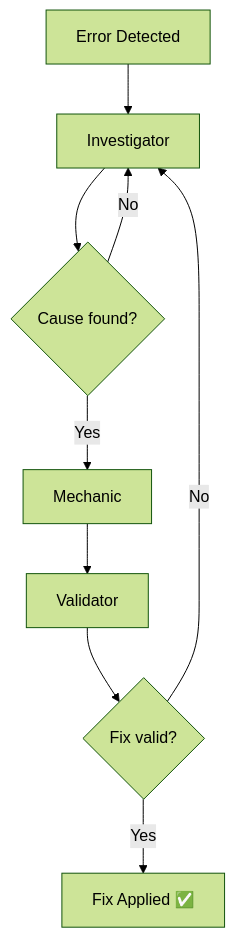
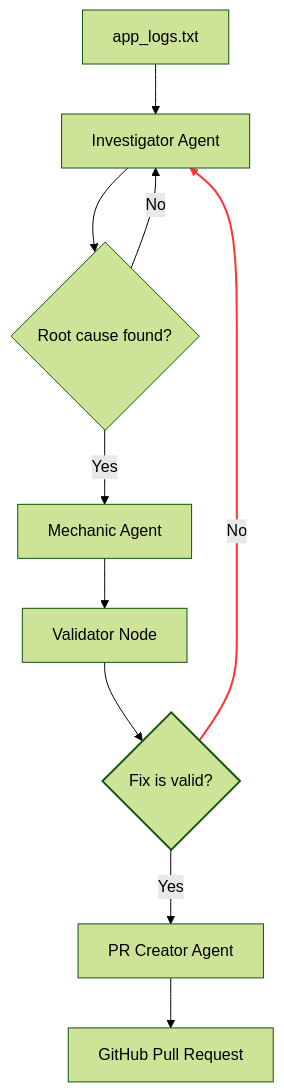
The diagram in docs/ARCHITECTURE.md (Adityakg05/AI-Self-Healing-Validation-System), drawn with Mermaid (forest theme) before and after one commit. The commit also changed other lines of this file, not shown here.

Commit message:
updated architecture and flowchart

````diff
--- a/docs/ARCHITECTURE.md
+++ b/docs/ARCHITECTURE.md
@@ -11,11 +11,20 @@
 ```mermaid
 flowchart TD
-    A[Error Detected] --> B[Investigator]
-    B --> C{Cause found?}
-    C -- Yes --> D[Mechanic]
+    A[app_logs.txt] --> B[Investigator Agent]
+    B --> C{Root cause found?}
+    
     C -- No --> B
-    D --> E[Validator]
-    E --> F{Fix valid?}
+    C -- Yes --> D[Mechanic Agent]
+    
+    D --> E[Validator Node]
+    E --> F{Fix is valid?}
+    
     F -- No --> B
-    F -- Yes --> G[Fix Applied ✅]
+    F -- Yes --> G[PR Creator Agent]
+    
+    G --> H[GitHub Pull Request]
+
+    %% Self-Correction Path
+    style F stroke:#33,stroke-width:2px
+    linkStyle 6 stroke:#ff3333,stroke-width:2px
 ```
````
